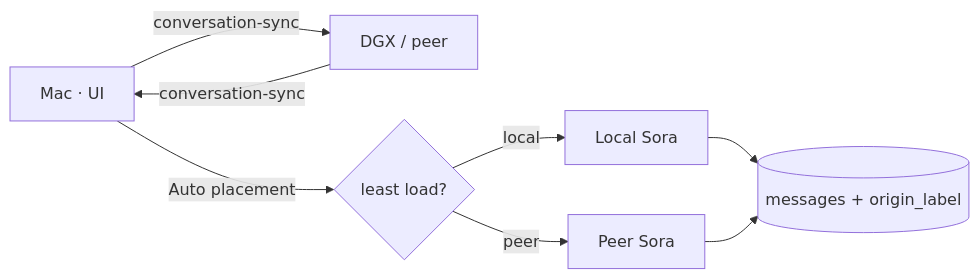
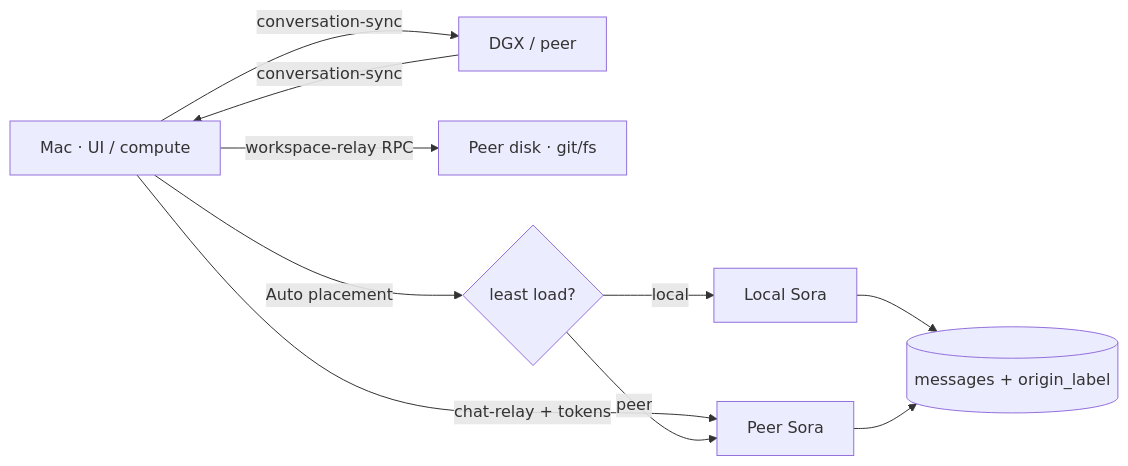
The fifth of 5 diagrams in docs/architecture.md (TheProductArchitect/localmind), drawn with Mermaid before and after one commit. The commit also changed other lines of this file and 39 other files, not shown here.

First line of the commit message:
feat: mesh depth v4 — workspace RPC, token stream, deferred cloud

````diff
--- a/docs/architecture.md
+++ b/docs/architecture.md
@@ -151,10 +157,12 @@
 ```mermaid
 flowchart LR
-  Mac[Mac · UI] -->|conversation-sync| Spark[DGX / peer]
+  Mac[Mac · UI / compute] -->|conversation-sync| Spark[DGX / peer]
   Spark -->|conversation-sync| Mac
+  Mac -->|chat-relay + tokens| SparkSora[Peer Sora]
+  Mac -->|workspace-relay RPC| SparkDisk[Peer disk · git/fs]
   Mac -->|Auto placement| Place{least load?}
   Place -->|local| MacSora[Local Sora]
-  Place -->|peer| SparkSora[Peer Sora]
+  Place -->|peer| SparkSora
   MacSora --> Msg[(messages + origin_label)]
   SparkSora --> Msg
 ```
````
